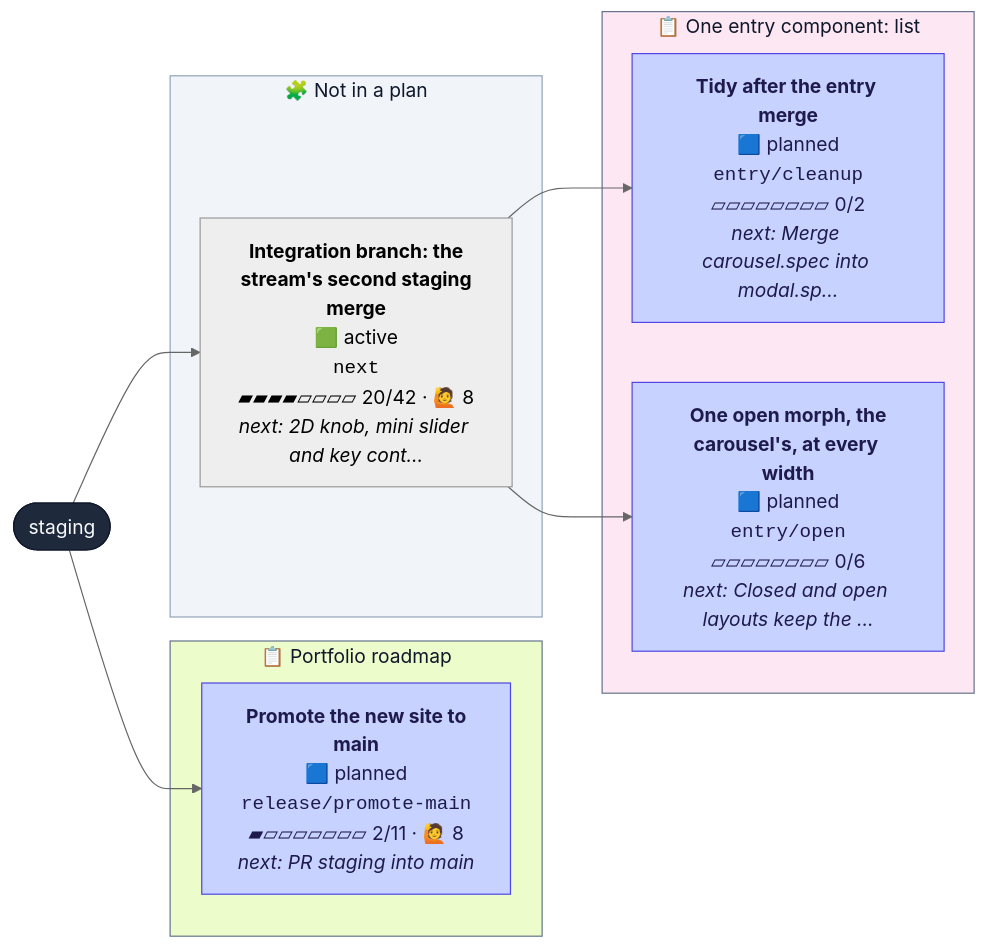
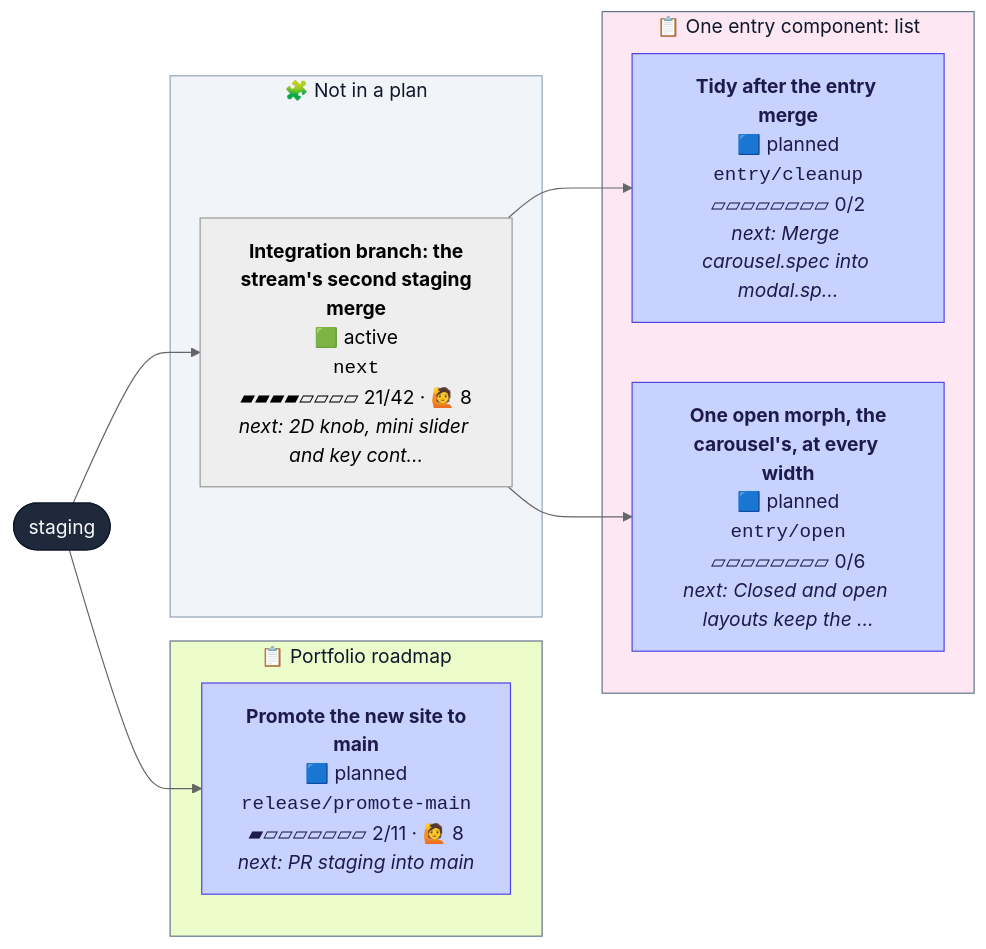
One commit to henryjonescodes/portfolio changed the second of 2 diagrams in CONTRIBUTING.md. Above: the diagram before and after it, drawn with Mermaid (neutral theme). The commit also changed other lines of this file and 1 other file, not shown here.

````diff
--- a/CONTRIBUTING.md
+++ b/CONTRIBUTING.md
@@ -37,33 +37,33 @@
 ```mermaid
 flowchart LR
   n_staging([staging])
   class n_staging trunk
   subgraph plan_1["📋 One entry component: list"]
     n_entry_cleanup["<b>Tidy after the entry merge</b><br/>🟦 planned<br/><code>entry/cleanup</code><br/>▱▱▱▱▱▱▱▱ 0/2<br/><i>next: Merge carousel.spec into modal.sp…</i>"]
     class n_entry_cleanup planned
     n_entry_open["<b>One open morph, the<br/>carousel's, at every width</b><br/>🟦 planned<br/><code>entry/open</code><br/>▱▱▱▱▱▱▱▱ 0/6<br/><i>next: Closed and open layouts keep the …</i>"]
     class n_entry_open planned
   end
   style plan_1 fill:#fce7f3,stroke:#64748b,color:#0f172a
   subgraph plan_2["📋 Portfolio roadmap"]
     n_release_promote_main["<b>Promote the new site to<br/>main</b><br/>🟦 planned<br/><code>release/promote-main</code><br/>▰▱▱▱▱▱▱▱ 2/11 · 🙋 8<br/><i>next: PR staging into main</i>"]
     class n_release_promote_main planned
   end
   style plan_2 fill:#ecfccb,stroke:#64748b,color:#0f172a
   subgraph loose["🧩 Not in a plan"]
-    n_next["<b>Integration branch: the<br/>stream's second staging<br/>merge</b><br/>🟩 active<br/><code>next</code><br/>▰▰▰▰▱▱▱▱ 20/42 · 🙋 8<br/><i>next: 2D knob, mini slider and key cont…</i>"]
+    n_next["<b>Integration branch: the<br/>stream's second staging<br/>merge</b><br/>🟩 active<br/><code>next</code><br/>▰▰▰▰▱▱▱▱ 21/42 · 🙋 8<br/><i>next: 2D knob, mini slider and key cont…</i>"]
     class n_next active,current
   end
   style loose fill:#f1f5f9,stroke:#94a3b8,color:#0f172a
   n_next --> n_entry_cleanup
   n_next --> n_entry_open
   n_staging --> n_next
   n_staging --> n_release_promote_main
   classDef planned fill:#c7d2fe,stroke:#4f46e5,color:#1e1b4b
   classDef sketched fill:#f8fafc,stroke:#64748b,stroke-dasharray:4 3,color:#334155
   classDef active fill:#bbf7d0,stroke:#16a34a,stroke-width:3px,color:#052e16
   classDef review fill:#fde68a,stroke:#d97706,stroke-width:3px,color:#451a03
   classDef blocked fill:#fecaca,stroke:#dc2626,stroke-width:3px,color:#450a0a
   classDef trunk fill:#1e293b,stroke:#0f172a,color:#f8fafc
   classDef current stroke:#0ea5e9,stroke-width:5px
 ```
````
